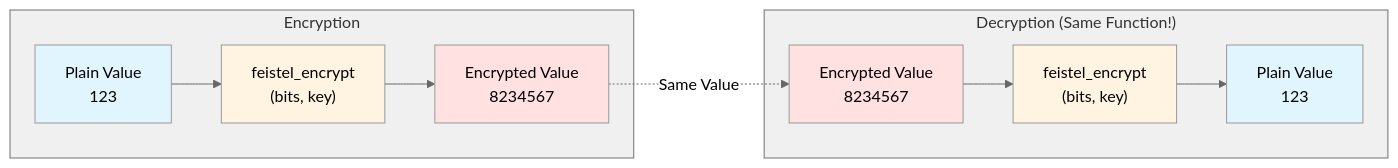
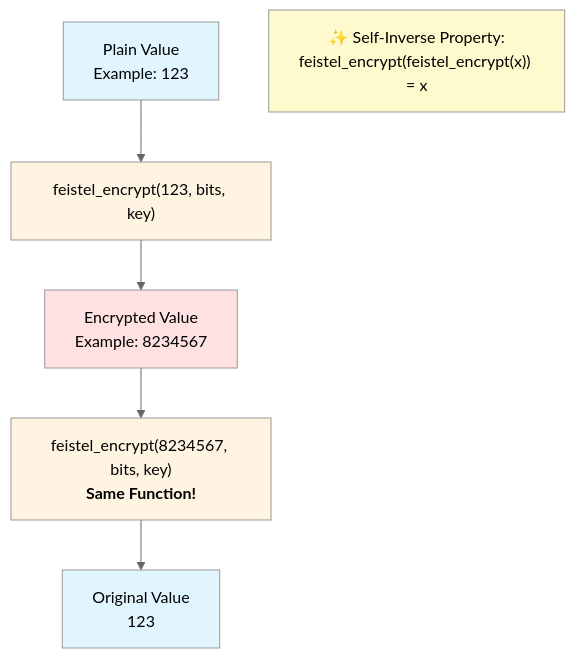
Before and after one commit to devall-org/feistel_cipher: the second of 2 diagrams in README.md, drawn with Mermaid (neutral theme).

Commit message:
docs: Change self-inverse diagram to vertical layout
- Change from LR to TB flowchart for better readability
- Simplify diagram structure with clear top-to-bottom flow
- Add visual note box highlighting the self-inverse property

````diff
--- a/README.md
+++ b/README.md
@@ -127,23 +127,19 @@
 ```mermaid
-flowchart LR
-    subgraph Encrypt["Encryption"]
-        Plain["Plain Value<br/>123"] --> E["feistel_encrypt<br/>(bits, key)"]
-        E --> Cipher["Encrypted Value<br/>8234567"]
-    end
+flowchart TB
+    Plain["Plain Value<br/>Example: 123"]
     
-    subgraph Decrypt["Decryption (Same Function!)"]
-        Cipher2["Encrypted Value<br/>8234567"] --> D["feistel_encrypt<br/>(bits, key)"]
-        D --> Plain2["Plain Value<br/>123"]
-    end
+    Plain --> E["feistel_encrypt(123, bits, key)"]
+    E --> Cipher["Encrypted Value<br/>Example: 8234567"]
     
-    Cipher -.Same Value.-> Cipher2
+    Cipher --> D["feistel_encrypt(8234567, bits, key)<br/><b>Same Function!</b>"]
+    D --> Plain2["Original Value<br/>123"]
+    
+    Note["✨ Self-Inverse Property:<br/>feistel_encrypt(feistel_encrypt(x)) = x"]
     
     style Plain fill:#e1f5ff
     style Cipher fill:#ffe1e1
-    style Cipher2 fill:#ffe1e1
     style Plain2 fill:#e1f5ff
     style E fill:#fff4e1
     style D fill:#fff4e1
-    style Encrypt fill:#f0f0f0
-    style Decrypt fill:#f0f0f0
+    style Note fill:#fffacd
 ```
````
